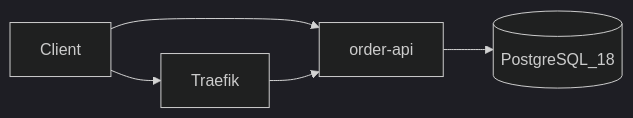
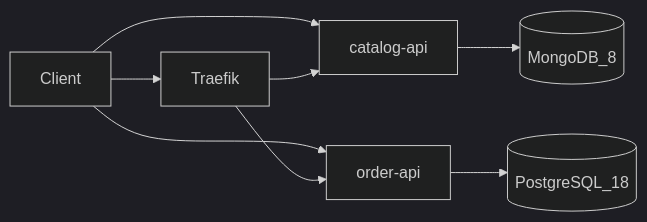
Before and after one commit to ianckc/streamshop-distributed-system: the first of 2 diagrams in docs/docs/architecture/overview.mdx, drawn with Mermaid (dark theme). The commit also changed other lines of this file and 31 other files, not shown here.

First line of the commit message:
0008 Add `catalog-api` and storage (#9)

````diff
--- a/docs/docs/architecture/overview.mdx
+++ b/docs/docs/architecture/overview.mdx
@@ -11,7 +11,10 @@
 ```mermaid
 flowchart LR
   Client[Client] --> Traefik[Traefik]
+  Client --> CatalogAPI[catalog-api]
   Client --> OrderAPI[order-api]
+  Traefik --> CatalogAPI
   Traefik --> OrderAPI
+  CatalogAPI --> Mongo[(MongoDB_8)]
   OrderAPI --> Postgres[(PostgreSQL_18)]
 ```
````
